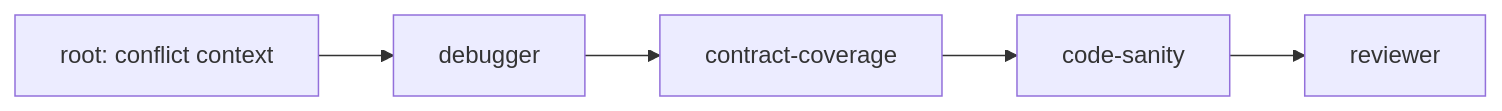
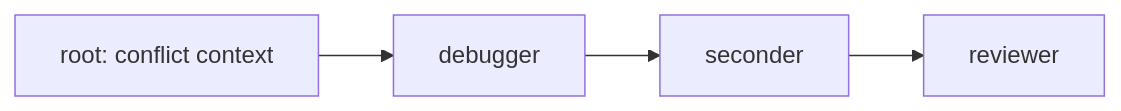
Before and after one commit to xtrm-dev/specialists: the tenth of 16 diagrams in docs/design/chain-templates.md, drawn with Mermaid. The commit also changed other lines of this file and 2 other files, not shown here.

````diff
--- a/docs/design/chain-templates.md
+++ b/docs/design/chain-templates.md
@@ -367,7 +379,6 @@
 ```mermaid
 flowchart LR
   root[root: conflict context] --> debugger
-  debugger --> contract-coverage
-  contract-coverage --> code-sanity
-  code-sanity --> reviewer
+  debugger --> seconder
+  seconder --> reviewer
 ```
````
